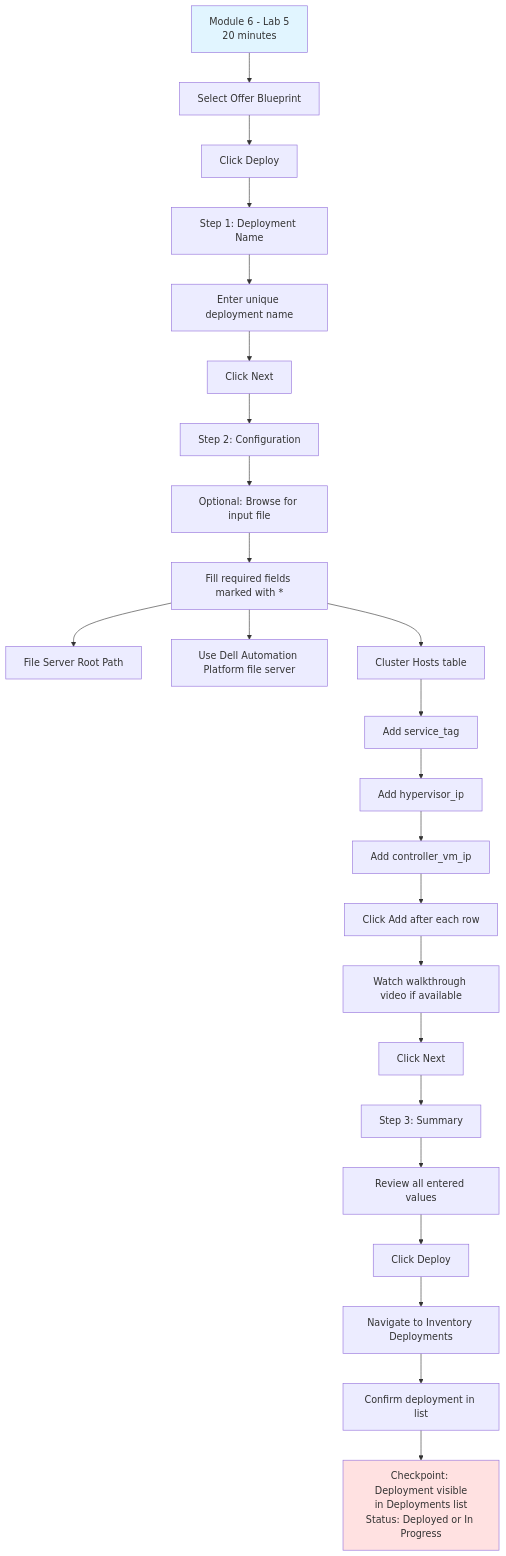
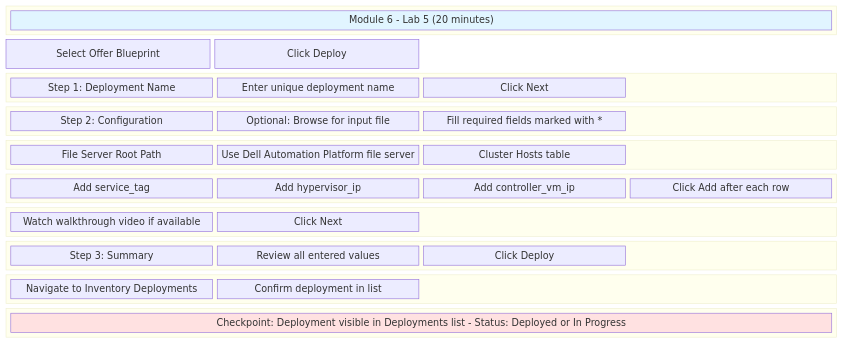
The diagram in docs/Instructor_Screen_Flow/slide_06_module6_lab5.mmd (tme-tech-ops/take-it-for-a-spin-partner-training), drawn with Mermaid before and after one commit. The commit also changed 6 other files, not shown here.

First line of the commit message:
Convert diagrams from flowchart to block/grid layout

```diff
--- a/docs/Instructor_Screen_Flow/slide_06_module6_lab5.mmd
+++ b/docs/Instructor_Screen_Flow/slide_06_module6_lab5.mmd
@@ -1,27 +1,64 @@
-flowchart TD
-    A[Module 6 - Lab 5<br/>20 minutes] --> B[Select Offer Blueprint]
-    B --> C[Click Deploy]
-    C --> D[Step 1: Deployment Name]
-    D --> E[Enter unique deployment name]
-    E --> F[Click Next]
-    F --> G[Step 2: Configuration]
-    G --> H[Optional: Browse for input file]
-    H --> I[Fill required fields marked with *]
-    I --> J[File Server Root Path]
-    I --> K[Use Dell Automation Platform file server]
-    I --> L[Cluster Hosts table]
-    L --> M[Add service_tag]
-    M --> N[Add hypervisor_ip]
-    N --> O[Add controller_vm_ip]
-    O --> P[Click Add after each row]
-    P --> Q[Watch walkthrough video if available]
-    Q --> R[Click Next]
-    R --> S[Step 3: Summary]
-    S --> T[Review all entered values]
-    T --> U[Click Deploy]
-    U --> V[Navigate to Inventory Deployments]
-    V --> W[Confirm deployment in list]
-    W --> X[Checkpoint: Deployment visible<br/>in Deployments list<br/>Status: Deployed or In Progress]
+block-beta
+    columns 4
+    
+    block:header:4
+        A["Module 6 - Lab 5 (20 minutes)"]
+    end
+    
+    B["Select Offer Blueprint"]
+    C["Click Deploy"]
+    space:2
+    
+    block:step1:4
+        D["Step 1: Deployment Name"]
+        E["Enter unique deployment name"]
+        F["Click Next"]
+        space
+    end
+    
+    block:step2:4
+        G["Step 2: Configuration"]
+        H["Optional: Browse for input file"]
+        I["Fill required fields marked with *"]
+        space
+    end
+    
+    block:fields:4
+        J["File Server Root Path"]
+        K["Use Dell Automation Platform file server"]
+        L["Cluster Hosts table"]
+        space
+    end
+    
+    block:table:4
+        M["Add service_tag"]
+        N["Add hypervisor_ip"]
+        O["Add controller_vm_ip"]
+        P["Click Add after each row"]
+    end
+    
+    block:video:4
+        Q["Watch walkthrough video if available"]
+        R["Click Next"]
+        space:2
+    end
+    
+    block:step3:4
+        S["Step 3: Summary"]
+        T["Review all entered values"]
+        U["Click Deploy"]
+        space
+    end
+    
+    block:verify:4
+        V["Navigate to Inventory Deployments"]
+        W["Confirm deployment in list"]
+        space:2
+    end
+    
+    block:checkpoint:4
+        X["Checkpoint: Deployment visible in Deployments list - Status: Deployed or In Progress"]
+    end
 
     style A fill:#e1f5ff
     style X fill:#ffe1e1
```
